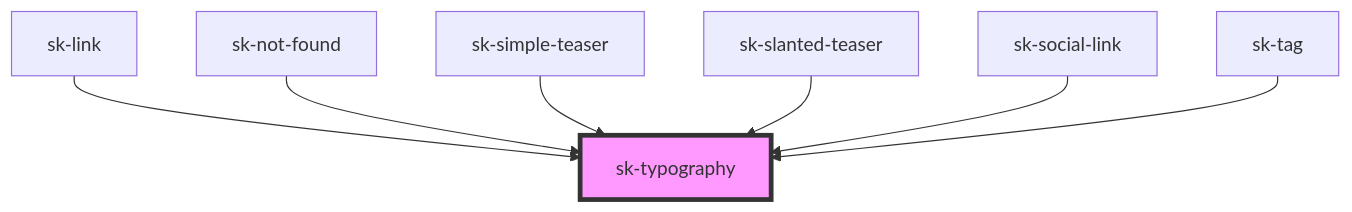
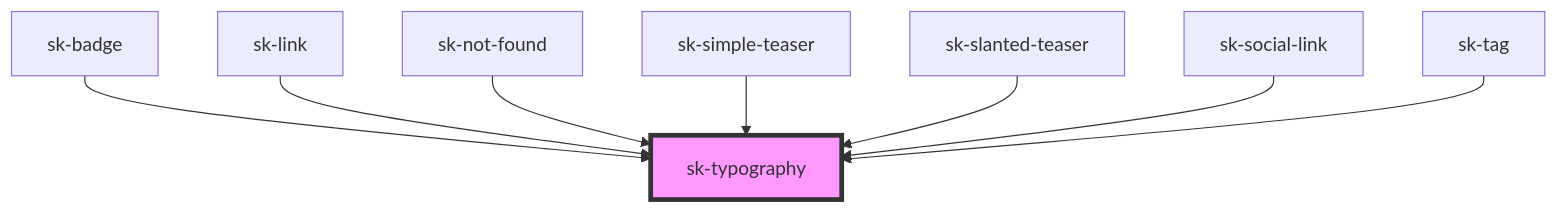
One commit to simonknittel/components changed the diagram in stencil/src/components/typography/readme.md. Above: the diagram before and after it, drawn with Mermaid. The commit also changed other lines of this file and 30 other files, not shown here.

````diff
--- a/stencil/src/components/typography/readme.md
+++ b/stencil/src/components/typography/readme.md
@@ -30,10 +31,11 @@
 ```mermaid
 graph TD;
+  sk-badge --> sk-typography
   sk-link --> sk-typography
   sk-not-found --> sk-typography
   sk-simple-teaser --> sk-typography
   sk-slanted-teaser --> sk-typography
   sk-social-link --> sk-typography
   sk-tag --> sk-typography
   style sk-typography fill:#f9f,stroke:#333,stroke-width:4px
 ```
````
